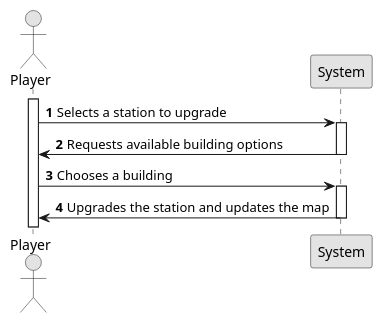
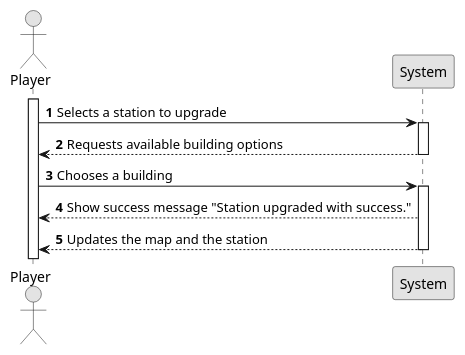
One commit to goncalolopesp/sem2-pi-24.25-g093-repo changed the diagram in docs/system-documentation/US006/01.requirements-engineering/puml/US006-SSD.puml. Above: the diagram before and after it, drawn with PlantUML. The commit also changed 6 other files, not shown here.

Commit message:
US6 - Added the "Input Error - Building not available (Scenario Rules)" SSD to the Requirements Engineering

```diff
--- a/docs/system-documentation/US006/01.requirements-engineering/puml/US006-SSD.puml
+++ b/docs/system-documentation/US006/01.requirements-engineering/puml/US006-SSD.puml
@@ -1,23 +1,24 @@
 @startuml
 
 skinparam monochrome true
 skinparam packageStyle rectangle
 skinparam shadowing false
 
 autonumber
 
 actor "Player" as Player
 participant "System" as System
 
 activate Player
 
     Player -> System : Selects a station to upgrade
     activate System
-    System -> Player : Requests available building options
+    System --> Player : Requests available building options
     deactivate System
     Player -> System : Chooses a building
     activate System
-    System -> Player : Upgrades the station and updates the map
+    System --> Player : Show success message "Station upgraded with success."
+    System --> Player : Updates the map and the station
     deactivate System
 
 @enduml
```
